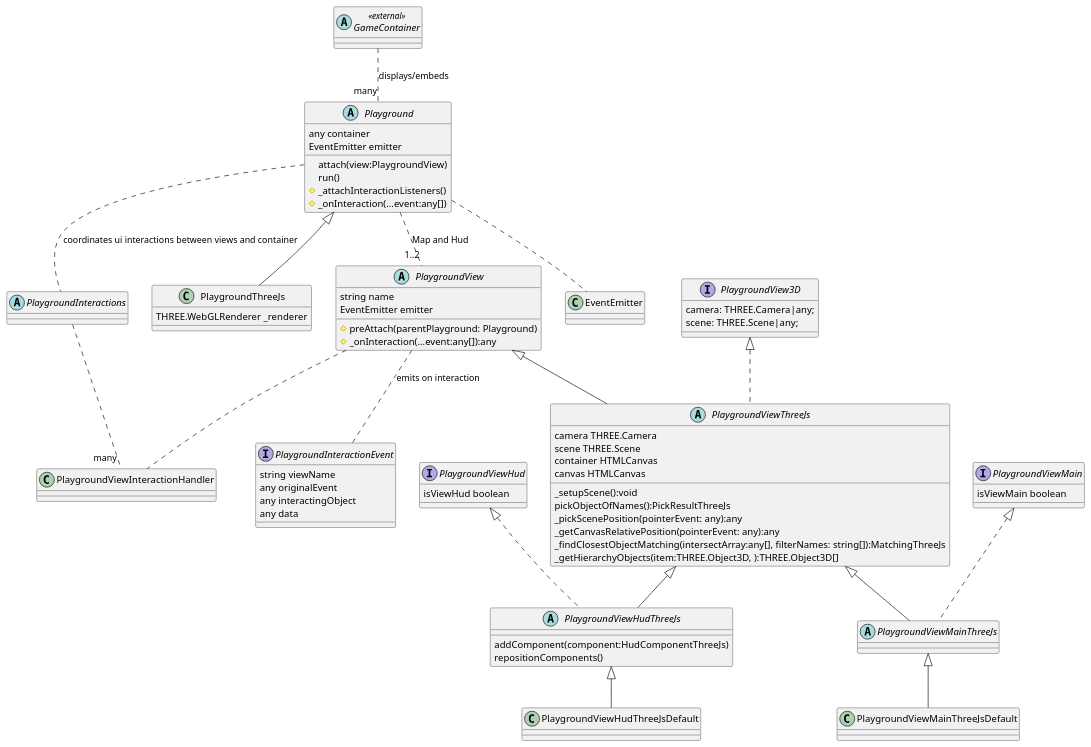
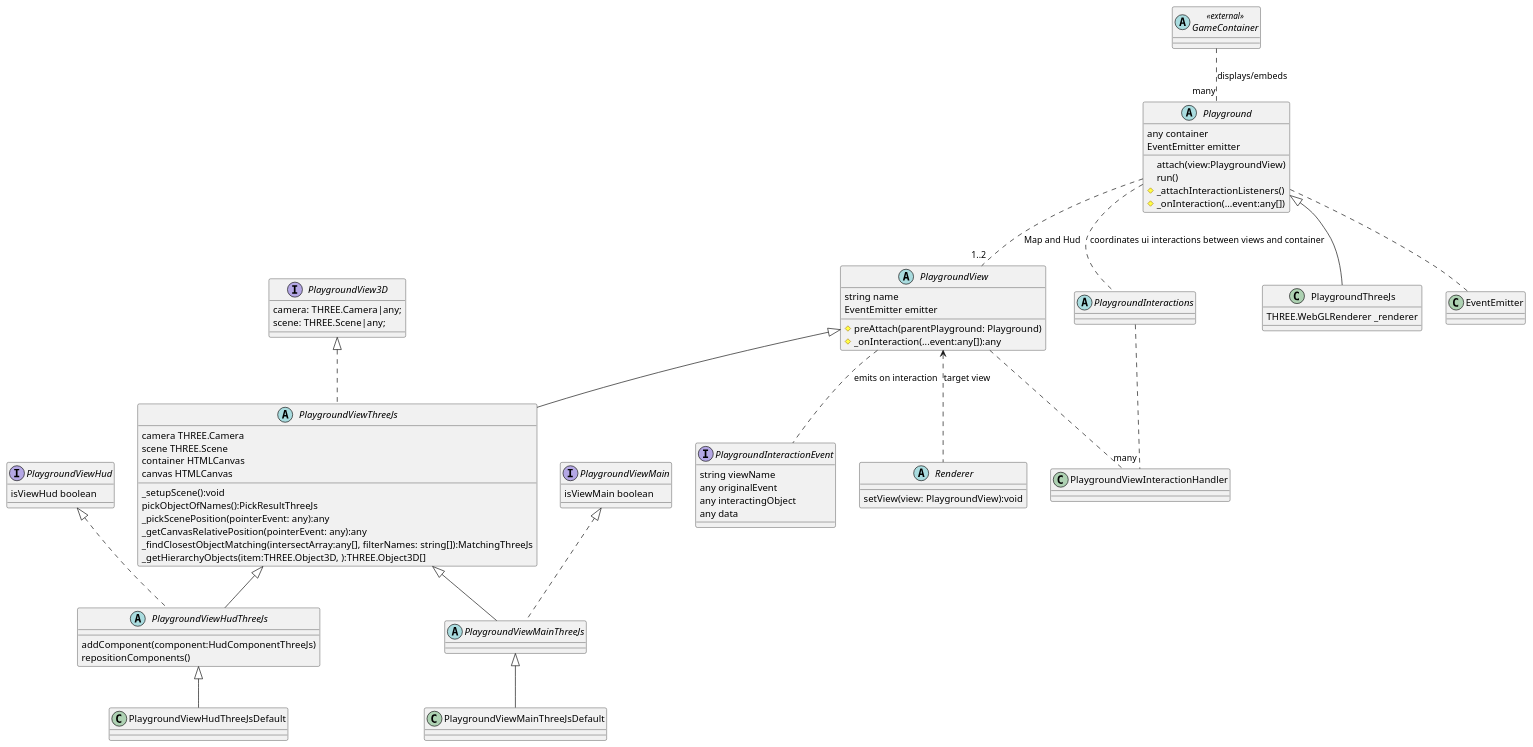
The diagram in docs/playground.model.puml (yentenobserver/gngine), drawn with PlantUML before and after one commit. The commit also changed 6 other files, not shown here.

```diff
--- a/docs/playground.model.puml
+++ b/docs/playground.model.puml
@@ -1,87 +1,92 @@
 @startuml
 
 
 abstract class GameContainer <<external>> {    
 }
 
 
 abstract class Playground {    
   {field} any container
   {field} EventEmitter emitter
   {method} attach(view:PlaygroundView)
   {method} run()
   {method} #_attachInteractionListeners()
   {method} #_onInteraction(...event:any[])
 }
 
 abstract class PlaygroundView {  
   {field} string name
   {field} EventEmitter emitter
   {method} #preAttach(parentPlayground: Playground)
   {method} #_onInteraction(...event:any[]):any
 }
 
 interface PlaygroundViewMain {   
   {field} isViewMain boolean
 }
 
 interface PlaygroundViewHud {   
    {field} isViewHud boolean
 }
 
 interface PlaygroundView3D {
   {field} camera: THREE.Camera|any;
   {field} scene: THREE.Scene|any;
 }
 
 abstract class PlaygroundViewThreeJs {
   {field} camera THREE.Camera
   {field} scene THREE.Scene
   {field} container HTMLCanvas 
   {field} canvas HTMLCanvas
   {method} _setupScene():void
   {method} pickObjectOfNames():PickResultThreeJs
   {method} _pickScenePosition(pointerEvent: any):any
   {method} _getCanvasRelativePosition(pointerEvent: any):any
   {method} _findClosestObjectMatching(intersectArray:any[], filterNames: string[]):MatchingThreeJs
   {method} _getHierarchyObjects(item:THREE.Object3D, ):THREE.Object3D[]
 }
 
 interface PlaygroundInteractionEvent{
   {field} string viewName
   {field} any originalEvent
   {field} any interactingObject
   {field} any data
 }
 
 class PlaygroundThreeJs {
   {field} THREE.WebGLRenderer _renderer
 }
 
 abstract class PlaygroundViewHudThreeJs {
   {method} addComponent(component:HudComponentThreeJs)
   {method} repositionComponents()
 }
 abstract class PlaygroundViewMainThreeJs {}
 
+abstract class Renderer {
+  {method} setView(view: PlaygroundView):void
+}
 
 abstract class PlaygroundInteractions {    
 }
 GameContainer .. "many" Playground : displays/embeds
 Playground .. "1..2" PlaygroundView : Map and Hud
 PlaygroundInteractions .. "many" PlaygroundViewInteractionHandler
 PlaygroundView .. PlaygroundViewInteractionHandler
 Playground .. PlaygroundInteractions : coordinates ui interactions between views and container
 PlaygroundView <|-- PlaygroundViewThreeJs
 PlaygroundView3D <|.. PlaygroundViewThreeJs
 
 PlaygroundViewMain <|.. PlaygroundViewMainThreeJs
 PlaygroundViewThreeJs <|-- PlaygroundViewMainThreeJs
 PlaygroundViewMainThreeJs <|-- PlaygroundViewMainThreeJsDefault
 PlaygroundViewHudThreeJs <|-- PlaygroundViewHudThreeJsDefault
 PlaygroundViewHud <|.. PlaygroundViewHudThreeJs
 PlaygroundViewThreeJs <|-- PlaygroundViewHudThreeJs
 Playground <|-- PlaygroundThreeJs
 Playground .. EventEmitter
 PlaygroundView .. PlaygroundInteractionEvent : emits on interaction
+
+PlaygroundView <.. Renderer : target view
 @enduml
```
